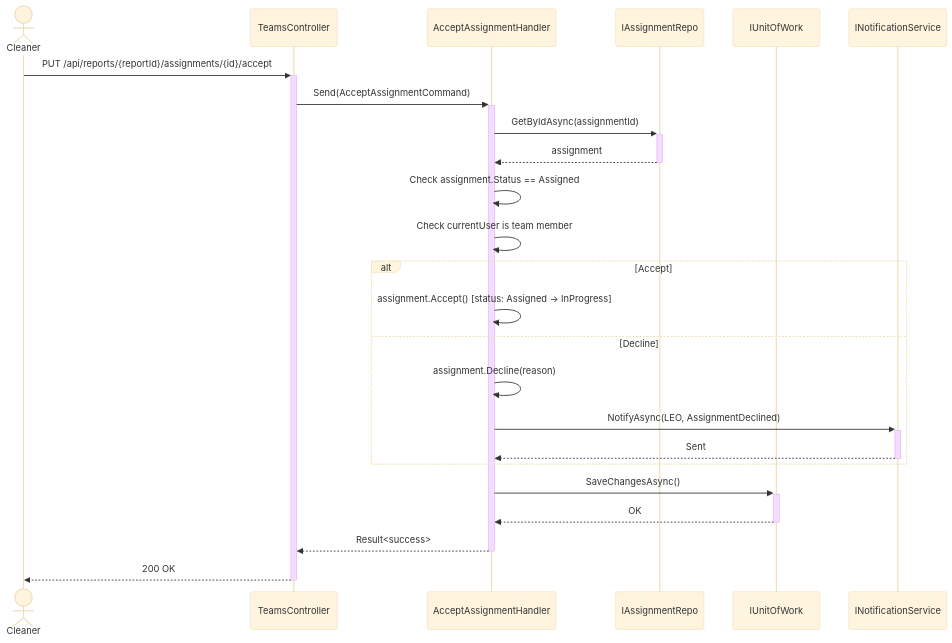
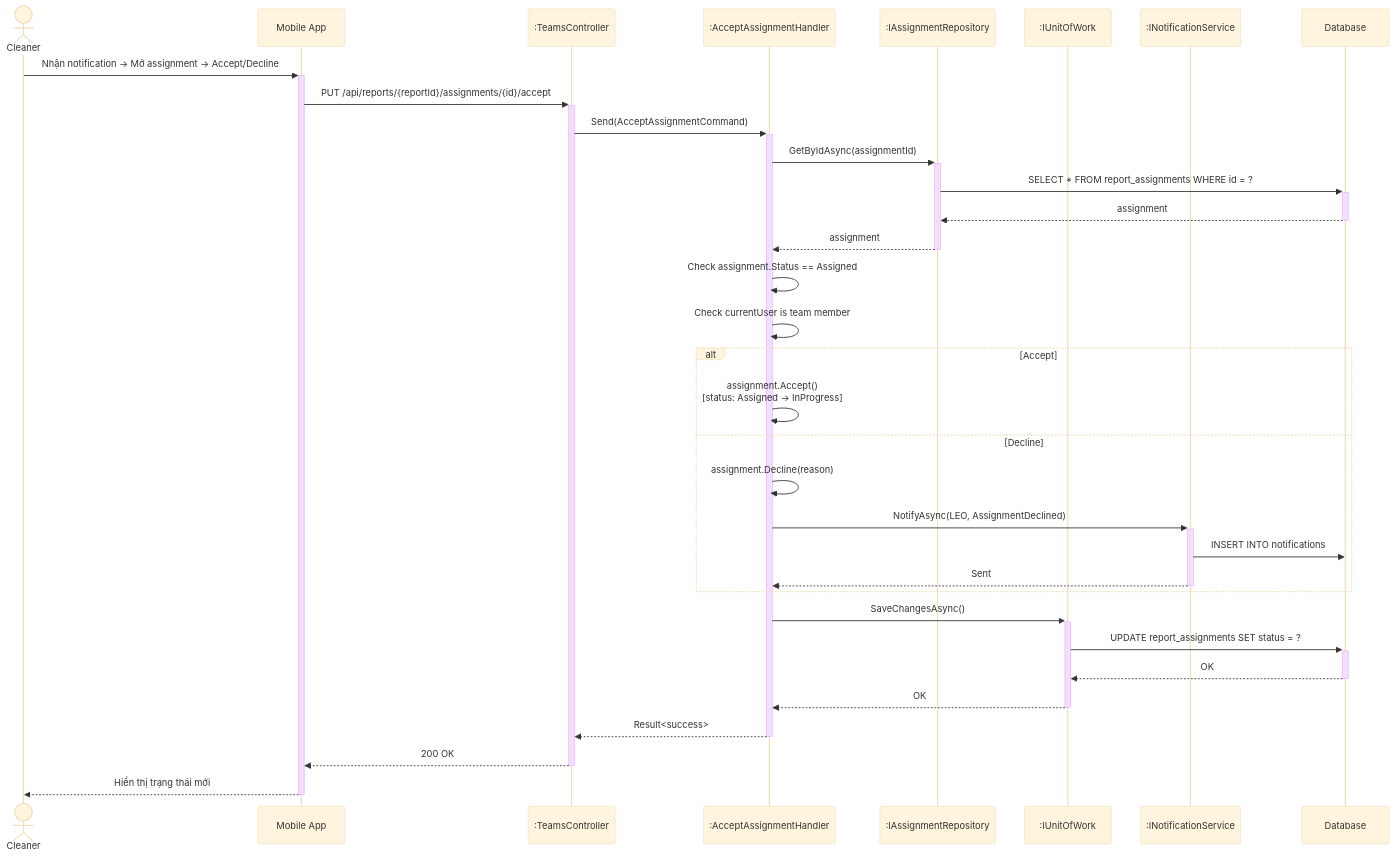
Diagram 11 of 25 in docs/BusinessRule/SEQUENCE_DIAGRAMS.md (Capstonne-Project/greenlens-service), drawn with Mermaid (base theme) before and after one commit. The commit also changed other lines of this file, not shown here.

Commit message:
fix(docs): enhance format sequence diagram

````diff
--- a/docs/BusinessRule/SEQUENCE_DIAGRAMS.md
+++ b/docs/BusinessRule/SEQUENCE_DIAGRAMS.md
@@ -523,32 +646,41 @@
 ```mermaid
 sequenceDiagram
     actor Cleaner
-    participant API as TeamsController
-    participant Handler as AcceptAssignmentHandler
-    participant AssignRepo as IAssignmentRepo
-    participant DB as IUnitOfWork
-    participant Notif as INotificationService
+    participant App as Mobile App
+    participant Ctrl as :TeamsController
+    participant Hdl as :AcceptAssignmentHandler
+    participant AsgRepo as :IAssignmentRepository
+    participant UoW as :IUnitOfWork
+    participant Notif as :INotificationService
+    participant DB as Database
 
-    Cleaner->>+API: PUT /api/reports/{reportId}/assignments/{id}/accept
-    API->>+Handler: Send(AcceptAssignmentCommand)
+    Cleaner->>+App: Nhận notification → Mở assignment → Accept/Decline
+    App->>+Ctrl: PUT /api/reports/{reportId}/assignments/{id}/accept
+    Ctrl->>+Hdl: Send(AcceptAssignmentCommand)
 
-    Handler->>+AssignRepo: GetByIdAsync(assignmentId)
-    AssignRepo-->>-Handler: assignment
+    Hdl->>+AsgRepo: GetByIdAsync(assignmentId)
+    AsgRepo->>+DB: SELECT * FROM report_assignments WHERE id = ?
+    DB-->>-AsgRepo: assignment
+    AsgRepo-->>-Hdl: assignment
 
-    Handler->>Handler: Check assignment.Status == Assigned
-    Handler->>Handler: Check currentUser is team member
+    Hdl->>Hdl: Check assignment.Status == Assigned
+    Hdl->>Hdl: Check currentUser is team member
 
     alt Accept
-        Handler->>Handler: assignment.Accept() [status: Assigned → InProgress]
+        Hdl->>Hdl: assignment.Accept()<br/>[status: Assigned → InProgress]
     else Decline
-        Handler->>Handler: assignment.Decline(reason)
-        Handler->>+Notif: NotifyAsync(LEO, AssignmentDeclined)
-        Notif-->>-Handler: Sent
+        Hdl->>Hdl: assignment.Decline(reason)
+        Hdl->>+Notif: NotifyAsync(LEO, AssignmentDeclined)
+        Notif->>DB: INSERT INTO notifications
+        Notif-->>-Hdl: Sent
     end
 
-    Handler->>+DB: SaveChangesAsync()
-    DB-->>-Handler: OK
+    Hdl->>+UoW: SaveChangesAsync()
+    UoW->>+DB: UPDATE report_assignments SET status = ?
+    DB-->>-UoW: OK
+    UoW-->>-Hdl: OK
 
-    Handler-->>-API: Result<success>
-    API-->>-Cleaner: 200 OK
+    Hdl-->>-Ctrl: Result<success>
+    Ctrl-->>-App: 200 OK
+    App-->>-Cleaner: Hiển thị trạng thái mới
 ```
````
